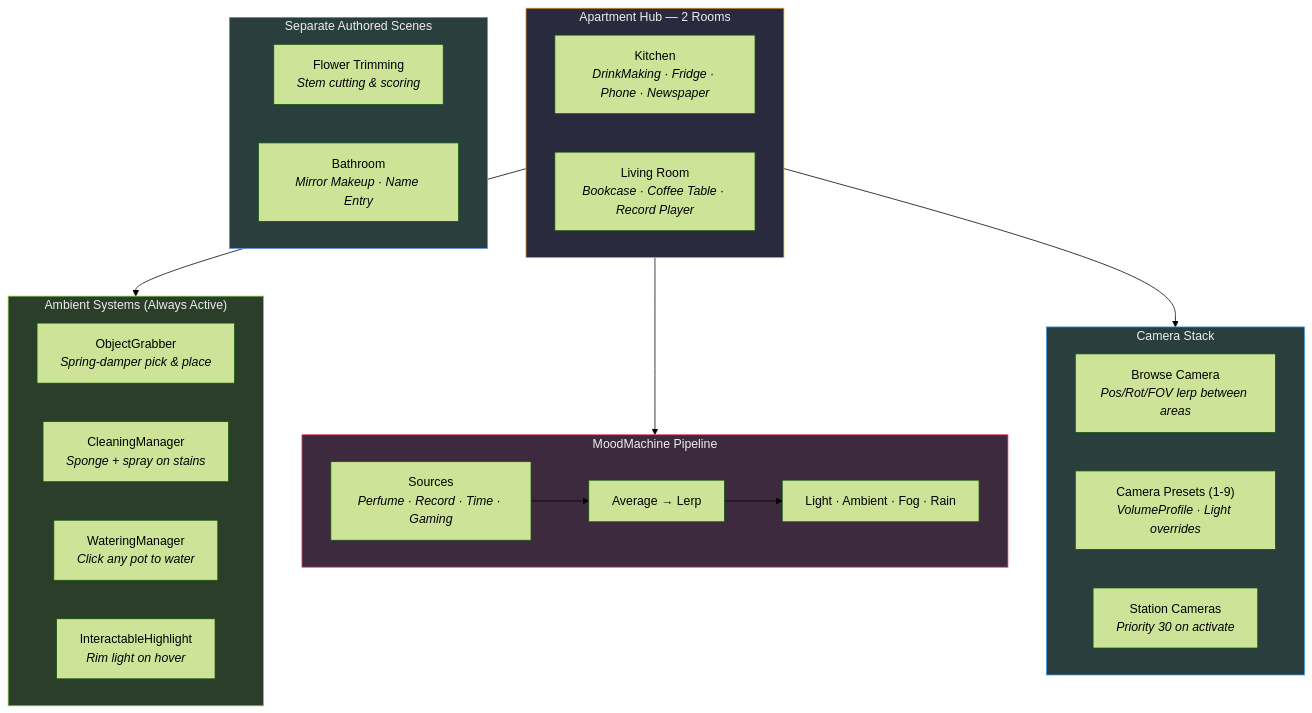
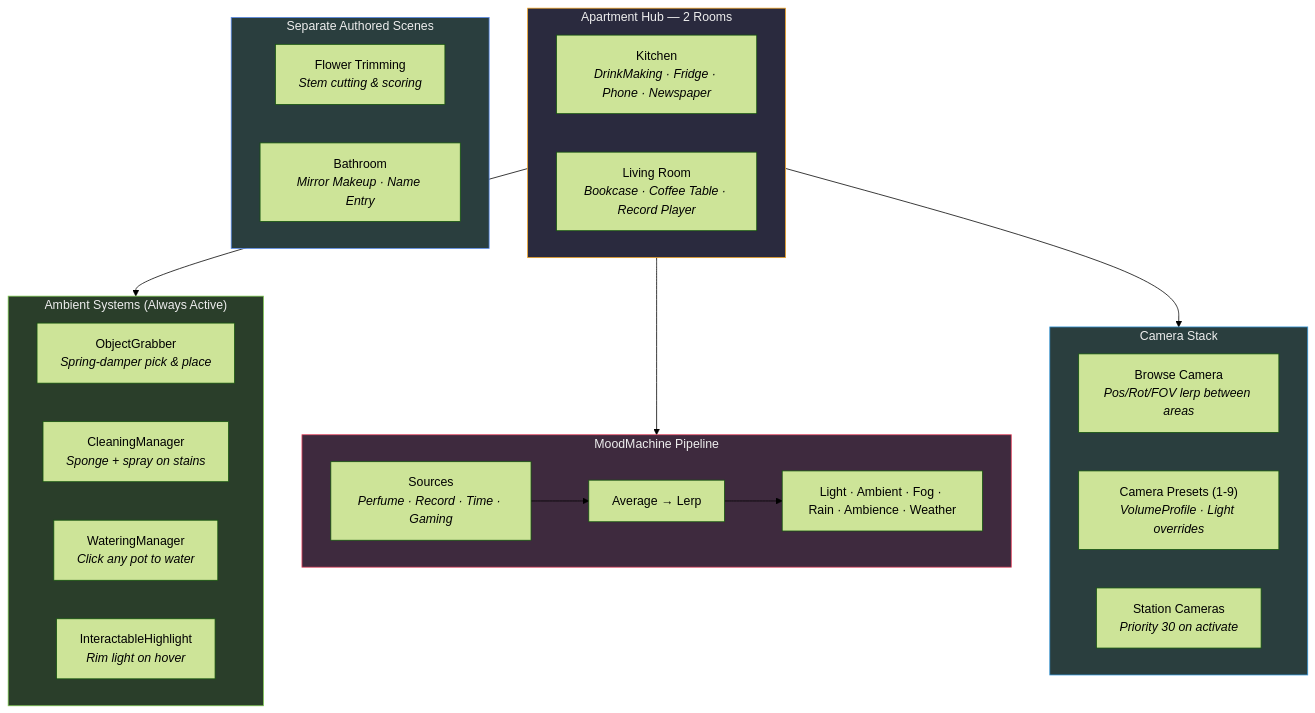
Before and after one commit to MartyChouette/iris_v3.0: the fifth of 30 diagrams in docs/IRIS_REPORT.md, drawn with Mermaid (forest theme). The commit also changed other lines of this file and 1 other file, not shown here.

````diff
--- a/docs/IRIS_REPORT.md
+++ b/docs/IRIS_REPORT.md
@@ -252,43 +278,43 @@
 ```mermaid
 flowchart TB
     subgraph HUB["Apartment Hub — 2 Rooms"]
         KIT["Kitchen<br/><i>DrinkMaking · Fridge · Phone · Newspaper</i>"]
         LIV["Living Room<br/><i>Bookcase · Coffee Table · Record Player</i>"]
     end
 
     subgraph SEPARATE["Separate Authored Scenes"]
         FLOWER_S["Flower Trimming<br/><i>Stem cutting & scoring</i>"]
         BATH_S["Bathroom<br/><i>Mirror Makeup · Name Entry</i>"]
     end
 
     subgraph AMBIENT["Ambient Systems (Always Active)"]
         GRAB["ObjectGrabber<br/><i>Spring-damper pick & place</i>"]
         CLEAN_A["CleaningManager<br/><i>Sponge + spray on stains</i>"]
         WATER_A["WateringManager<br/><i>Click any pot to water</i>"]
         HIGHLIGHT["InteractableHighlight<br/><i>Rim light on hover</i>"]
     end
 
     subgraph MOOD["MoodMachine Pipeline"]
         direction LR
         SRC["Sources<br/><i>Perfume · Record · Time · Gaming</i>"]
         AVG["Average → Lerp"]
-        OUT["Light · Ambient · Fog · Rain"]
+        OUT["Light · Ambient · Fog · Rain · Ambience · Weather"]
         SRC --> AVG --> OUT
     end
 
     subgraph CAMERA["Camera Stack"]
         BROWSE["Browse Camera<br/><i>Pos/Rot/FOV lerp between areas</i>"]
         PRESET["Camera Presets (1-9)<br/><i>VolumeProfile · Light overrides</i>"]
         STATION_CAM["Station Cameras<br/><i>Priority 30 on activate</i>"]
     end
 
     HUB --> AMBIENT
     HUB --> MOOD
     HUB --> CAMERA
 
     style HUB fill:#2a2a3e,stroke:#f5a623,color:#eee
     style SEPARATE fill:#2a3e3e,stroke:#5b8def,color:#eee
     style AMBIENT fill:#2a3e2a,stroke:#7ec850,color:#eee
     style MOOD fill:#3e2a3e,stroke:#e94560,color:#eee
     style CAMERA fill:#2a3e3e,stroke:#3498db,color:#eee
 ```
````
